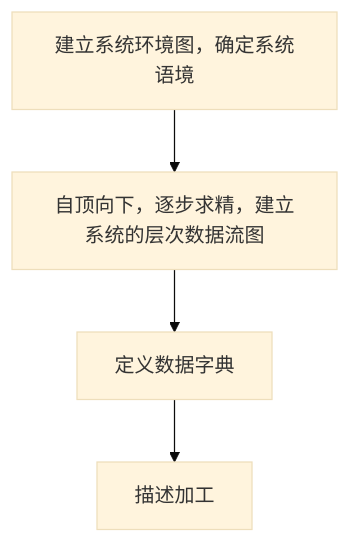
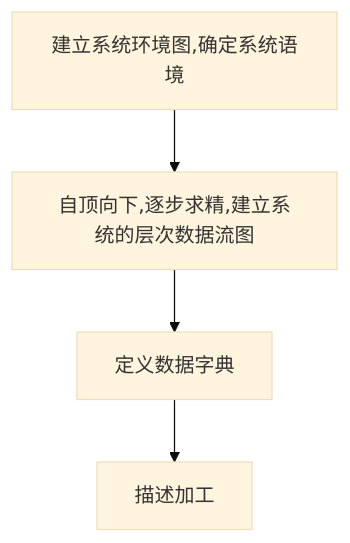
Before and after one commit to chchoiw/chchoiw.github.io: the fourth of 4 diagrams in _posts/2022-07-04-02333-software_engineer.md, drawn with Mermaid (base theme).

````diff
--- a/_posts/2022-07-04-02333-software_engineer.md
+++ b/_posts/2022-07-04-02333-software_engineer.md
@@ -256,11 +256,11 @@
 ```mermaid
 graph TB
-id1[建立系统环境图，确定系统语境]
-id2[自顶向下，逐步求精，建立系统的层次数据流图]
+id1[建立系统环境图,确定系统语境]
+id2[自顶向下,逐步求精,建立系统的层次数据流图]
 id3[定义数据字典]
 id4[描述加工]
 
 id1-->id2
 id2-->id3
 id3-->id4
 ```
````
